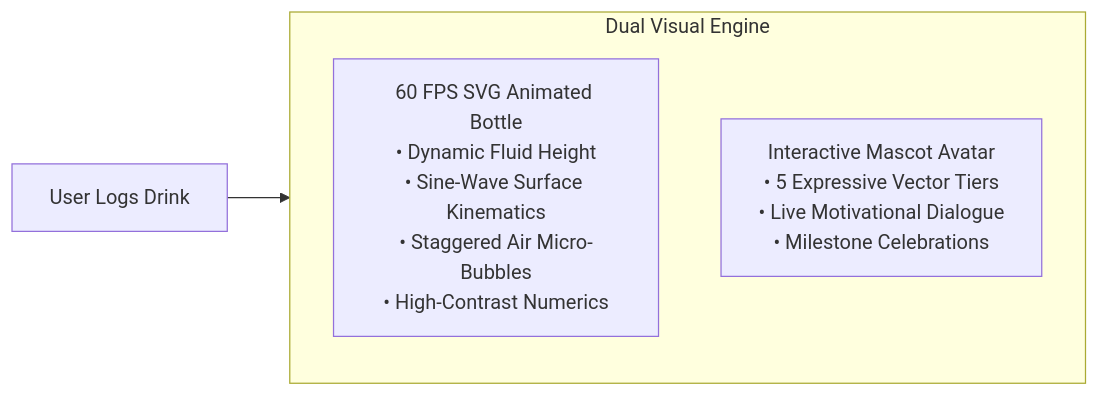
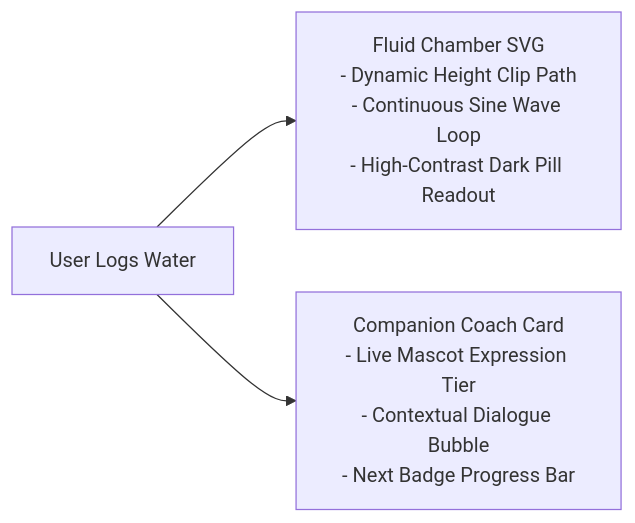
Before and after one commit to parthibcpana/IDAI102-1000544-PARTH-PARVINBHAI-GAJERA: the fifth of 7 diagrams in README.md, drawn with Mermaid. The commit also changed other lines of this file and 11 other files, not shown here.

Commit message:
Redesign WaterBuddy Coastal Oasis UI, custom SVG icons, + Log Drink modal, and updated README gallery

````diff
--- a/README.md
+++ b/README.md
@@ -220,9 +220,5 @@
 ```mermaid
 flowchart LR
-    subgraph Engine ["Dual Visual Engine"]
-        A["60 FPS SVG Animated Bottle<br>• Dynamic Fluid Height<br>• Sine-Wave Surface Kinematics<br>• Staggered Air Micro-Bubbles<br>• High-Contrast Numerics"]
-        B["Interactive Mascot Avatar<br>• 5 Expressive Vector Tiers<br>• Live Motivational Dialogue<br>• Milestone Celebrations"]
-    end
-
-    StateUpdate["User Logs Drink"] --> Engine
+    Log["User Logs Water"] --> Chamber["Fluid Chamber SVG<br>- Dynamic Height Clip Path<br>- Continuous Sine Wave Loop<br>- High-Contrast Dark Pill Readout"]
+    Log --> Coach["Companion Coach Card<br>- Live Mascot Expression Tier<br>- Contextual Dialogue Bubble<br>- Next Badge Progress Bar"]
 ```
````
